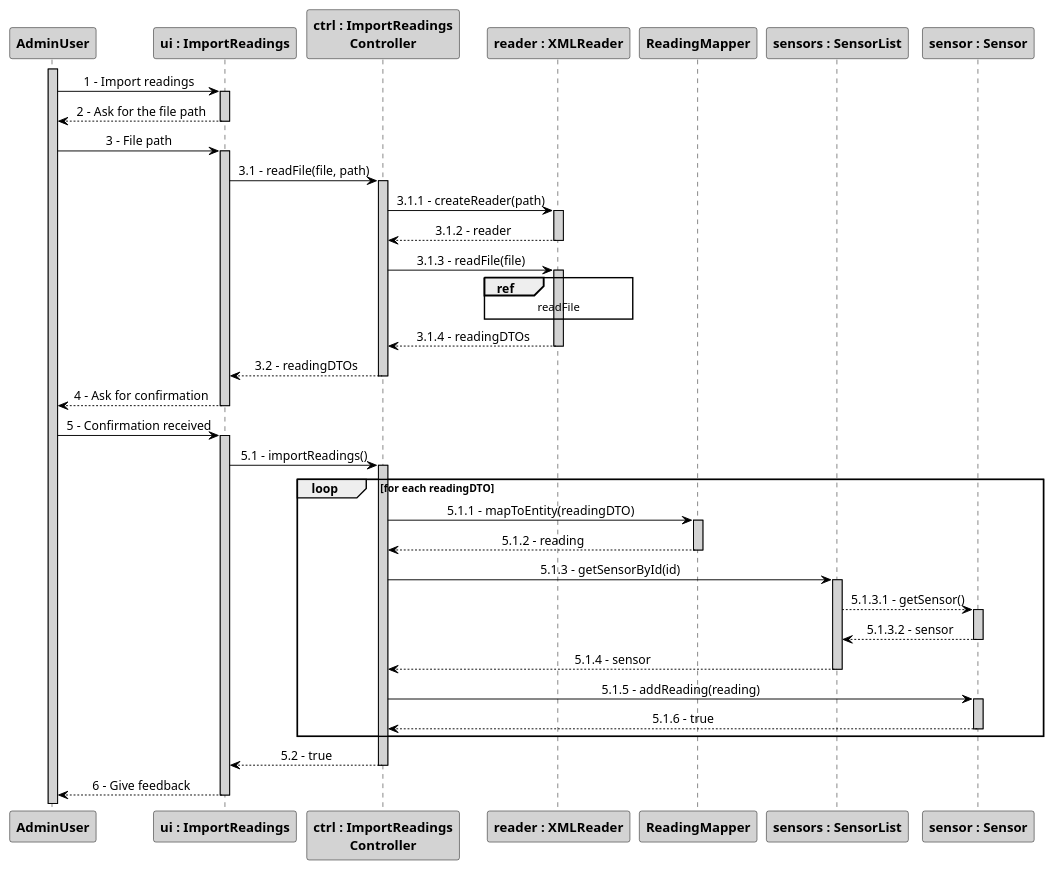
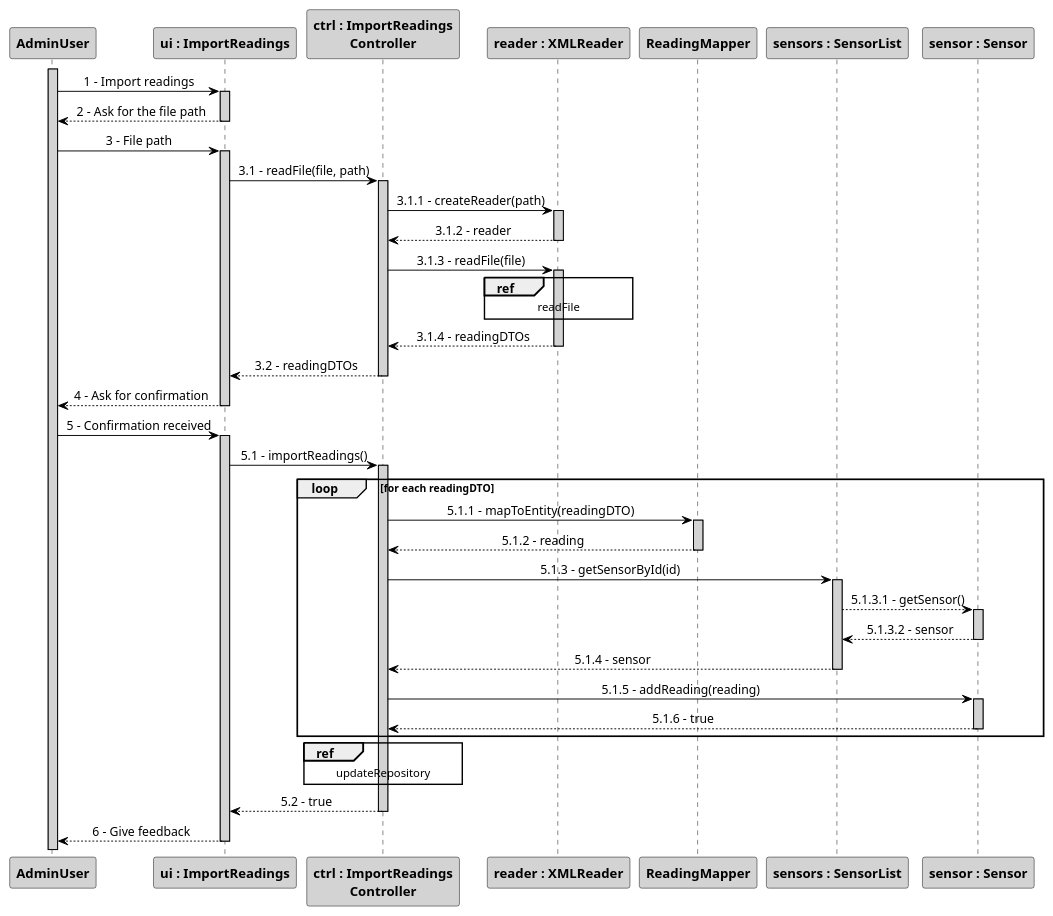
One commit to 1181687/hateoasToy changed the diagram in src/main/java/pt/ipp/isep/dei/project/controllers/importreadingsfromcsvcontroller/SD_ImportReadingsFromXMLReader.puml. Above: the diagram before and after it, drawn with PlantUML. The commit also changed 1 other file, not shown here.

Commit message:
updates to US015_v2 and US020_v2 sequence diagrams

```diff
--- a/src/main/java/pt/ipp/isep/dei/project/controllers/importreadingsfromcsvcontroller/SD_ImportReadingsFromXMLReader.puml
+++ b/src/main/java/pt/ipp/isep/dei/project/controllers/importreadingsfromcsvcontroller/SD_ImportReadingsFromXMLReader.puml
@@ -1,73 +1,76 @@
 @startuml
 skinparam sequenceMessageAlign center
 skinparam sequence {
 	ArrowColor Black
 	ActorBorderColor DarkBlue
 	LifeLineBorderColor black
 	LifeLineBackgroundColor LightGrey
 
 	ParticipantBorderColor Black
 	ParticipantBackgroundColor LightGrey
 	ParticipantFontStyle Bold
 
 	ActorBackgroundColor DimGrey
 	ActorFontColor DeepSkyBlue
 	ActorFontStyle Bold
 	ActorFontSize 17
 	ActorFontName Aapex
 }
 
 activate AdminUser
 actor AdminUser
 
 AdminUser -> "ui : ImportReadings":1 - Import readings
 activate "ui : ImportReadings"
 "ui : ImportReadings" --> AdminUser: 2 - Ask for the file path
 deactivate "ui : ImportReadings"
 AdminUser -> "ui : ImportReadings": 3 - File path
 activate "ui : ImportReadings"
 "ui : ImportReadings" -> "ctrl : ImportReadings\nController": 3.1 - readFile(file, path)
 activate "ctrl : ImportReadings\nController"
 "ctrl : ImportReadings\nController" -> "reader : XMLReader": 3.1.1 - createReader(path)
 activate "reader : XMLReader"
 "reader : XMLReader" --> "ctrl : ImportReadings\nController": 3.1.2 - reader
 deactivate "reader : XMLReader"
 "ctrl : ImportReadings\nController" -> "reader : XMLReader": 3.1.3 - readFile(file)
 activate "reader : XMLReader"
 ref over "reader : XMLReader"
 readFile
 end
 "reader : XMLReader" --> "ctrl : ImportReadings\nController": 3.1.4 - readingDTOs
 deactivate "reader : XMLReader"
 "ctrl : ImportReadings\nController" --> "ui : ImportReadings": 3.2 - readingDTOs
 deactivate "ctrl : ImportReadings\nController"
 "ui : ImportReadings" --> AdminUser: 4 - Ask for confirmation
 deactivate "ui : ImportReadings"
 AdminUser -> "ui : ImportReadings": 5 - Confirmation received
 activate "ui : ImportReadings"
 "ui : ImportReadings" -> "ctrl : ImportReadings\nController": 5.1 - importReadings()
 activate "ctrl : ImportReadings\nController"
 loop for each readingDTO
 "ctrl : ImportReadings\nController" -> ReadingMapper: 5.1.1 - mapToEntity(readingDTO)
 activate ReadingMapper
 ReadingMapper --> "ctrl : ImportReadings\nController": 5.1.2 - reading
 deactivate ReadingMapper
 "ctrl : ImportReadings\nController" -> "sensors : SensorList": 5.1.3 - getSensorById(id)
 activate "sensors : SensorList"
 "sensors : SensorList" --> "sensor : Sensor": 5.1.3.1 - getSensor()
 activate "sensor : Sensor"
 "sensor : Sensor" --> "sensors : SensorList": 5.1.3.2 - sensor
 deactivate "sensor : Sensor"
 "sensors : SensorList" --> "ctrl : ImportReadings\nController": 5.1.4 - sensor
 deactivate "sensors : SensorList"
 "ctrl : ImportReadings\nController" -> "sensor : Sensor": 5.1.5 - addReading(reading)
 activate "sensor : Sensor"
 "sensor : Sensor" --> "ctrl : ImportReadings\nController": 5.1.6 - true
 deactivate "sensor : Sensor"
 end loop
+ref over "ctrl : ImportReadings\nController"
+updateRepository
+end
 "ctrl : ImportReadings\nController" --> "ui : ImportReadings": 5.2 - true
 deactivate "ctrl : ImportReadings\nController"
 "ui : ImportReadings" --> AdminUser: 6 - Give feedback
 deactivate "ui : ImportReadings"
 
 @enduml
```
